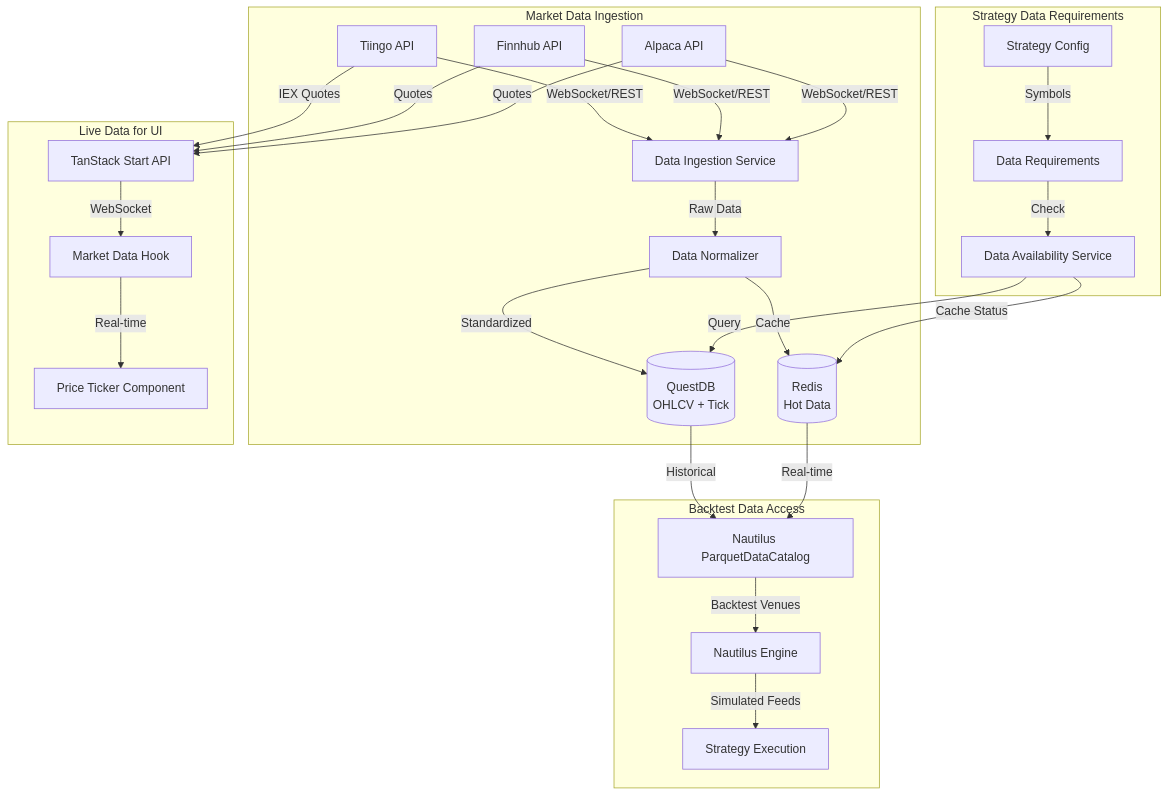
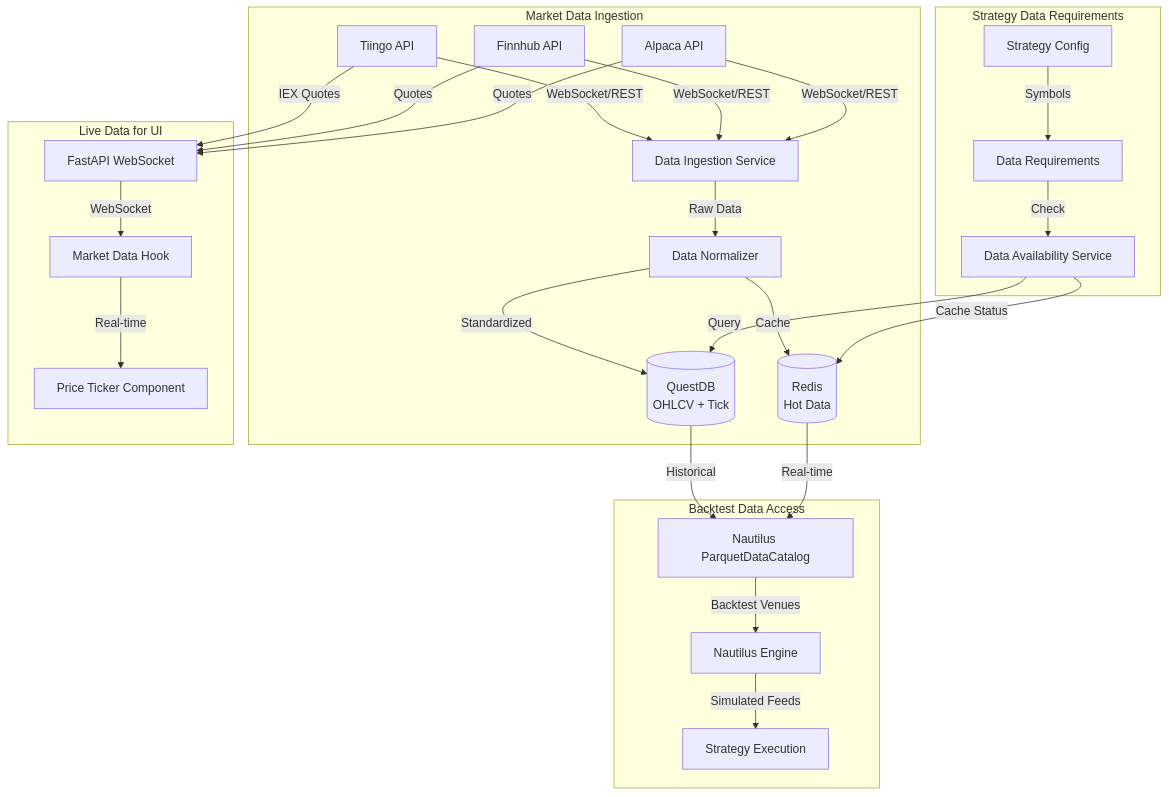
Before and after one commit to huydhoang/quantlens-docs: the fifth of 9 diagrams in system_design.md, drawn with Mermaid. The commit also changed other lines of this file and 3 other files, not shown here.

Commit message:
Create local_frontend.md and update docs to align with Tauri + Vite + React + TanStack stack

````diff
--- a/system_design.md
+++ b/system_design.md
@@ -187,35 +185,35 @@
 ```mermaid
 graph TB
     subgraph "Market Data Ingestion"
         T[Tiingo API] -->|WebSocket/REST| C[Data Ingestion Service]
         F[Finnhub API] -->|WebSocket/REST| C
         A[Alpaca API] -->|WebSocket/REST| C
         
         C -->|Raw Data| D[Data Normalizer]
         D -->|Standardized| E[(QuestDB<br/>OHLCV + Tick)]
         D -->|Cache| R[(Redis<br/>Hot Data)]
     end
     
     subgraph "Backtest Data Access"
         E -->|Historical| G[Nautilus ParquetDataCatalog]
         R -->|Real-time| G
         
         G -->|Backtest Venues| H[Nautilus Engine]
         H -->|Simulated Feeds| I[Strategy Execution]
     end
     
     subgraph "Live Data for UI"
-        T -->|IEX Quotes| J[TanStack Start API]
+        T -->|IEX Quotes| J[FastAPI WebSocket]
         F -->|Quotes| J
         A -->|Quotes| J
         J -->|WebSocket| K[Market Data Hook]
         K -->|Real-time| L[Price Ticker Component]
     end
     
     subgraph "Strategy Data Requirements"
         M[Strategy Config] -->|Symbols| N[Data Requirements]
         N -->|Check| O[Data Availability Service]
         O -->|Query| E
         O -->|Cache Status| R
     end
 ```
````
